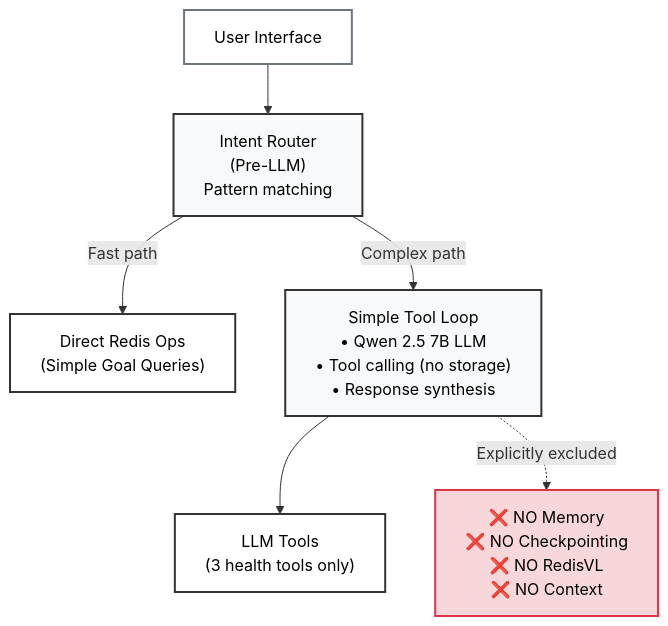
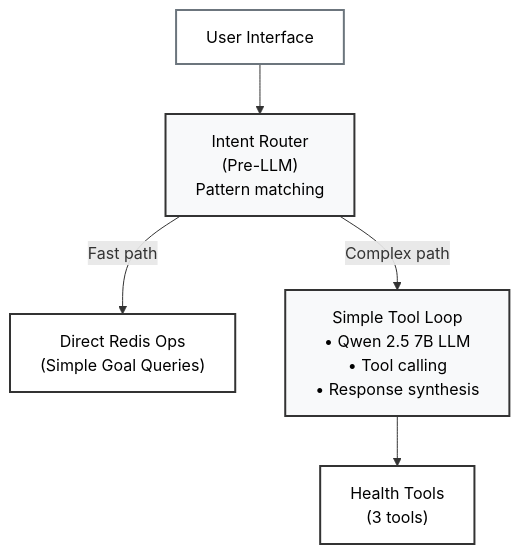
Before and after one commit to AllieRays/redis-wellness: the first of 2 diagrams in docs/STATELESS_AGENT.md, drawn with Mermaid. The commit also changed other lines of this file, not shown here.

````diff
--- a/docs/STATELESS_AGENT.md
+++ b/docs/STATELESS_AGENT.md
@@ -39,25 +38,22 @@
 ```mermaid
 flowchart TB
     UI["User Interface"]
     Router["Intent Router<br/>(Pre-LLM)<br/>Pattern matching"]
 
     FastPath["Direct Redis Ops<br/>(Simple Goal Queries)"]
-    SimpleLoop["Simple Tool Loop<br/>• Qwen 2.5 7B LLM<br/>• Tool calling (no storage)<br/>• Response synthesis"]
+    SimpleLoop["Simple Tool Loop<br/>• Qwen 2.5 7B LLM<br/>• Tool calling<br/>• Response synthesis"]
 
-    Tools["LLM Tools<br/>(3 health tools only)"]
-    NoMemory["❌ NO Memory<br/>❌ NO Checkpointing<br/>❌ NO RedisVL<br/>❌ NO Context"]
+    Tools["Health Tools<br/>(3 tools)"]
 
     UI --> Router
     Router -->|"Fast path"| FastPath
     Router -->|"Complex path"| SimpleLoop
 
     SimpleLoop --> Tools
-    SimpleLoop -.->|"Explicitly excluded"| NoMemory
 
     style UI fill:#fff,stroke:#6c757d,stroke-width:2px,color:#000
     style Router fill:#f8f9fa,stroke:#333,stroke-width:2px,color:#000
     style FastPath fill:#fff,stroke:#333,stroke-width:2px,color:#000
     style SimpleLoop fill:#f8f9fa,stroke:#333,stroke-width:2px,color:#000
     style Tools fill:#fff,stroke:#333,stroke-width:2px,color:#000
-    style NoMemory fill:#f8d7da,stroke:#dc3545,stroke-width:2px,color:#000
 ```
````
